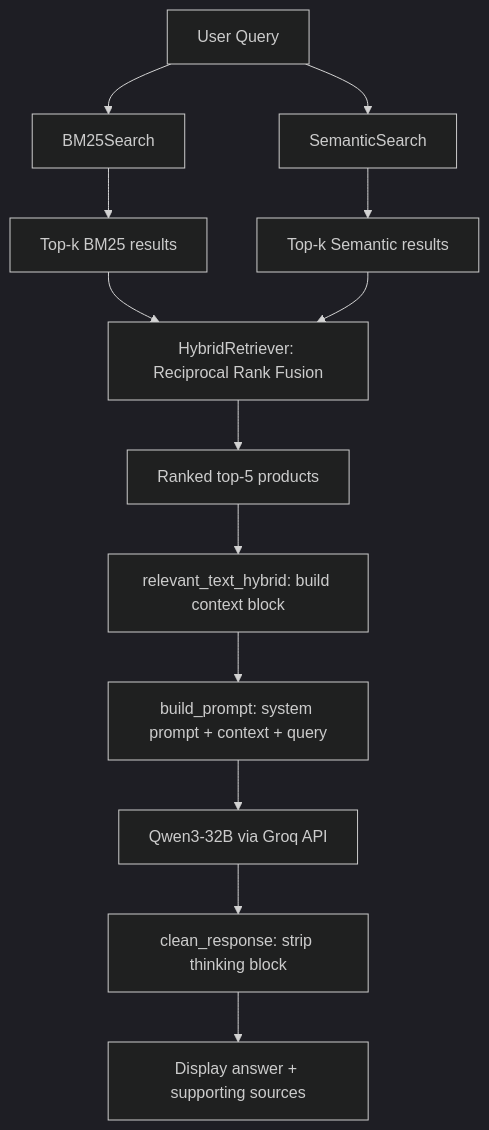
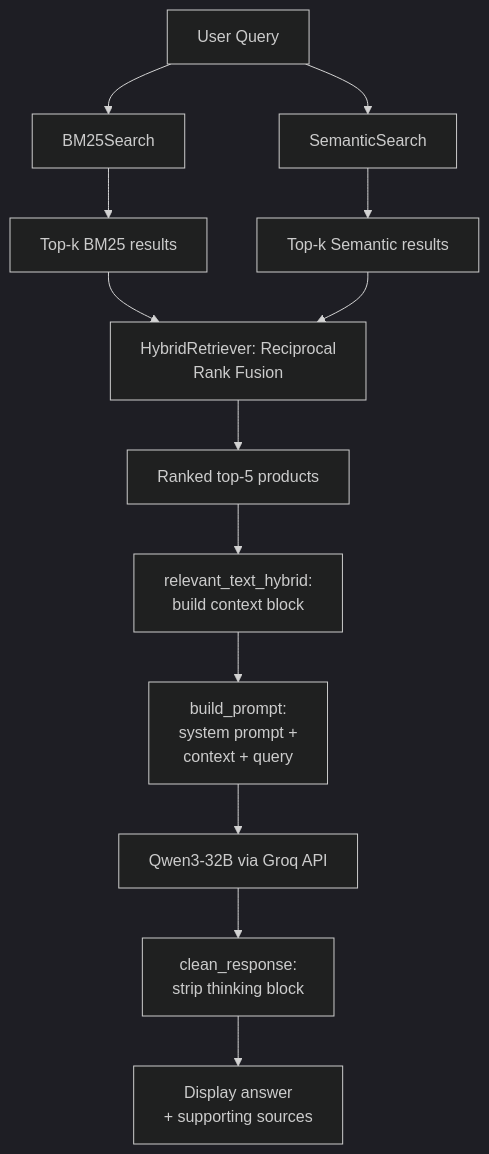
The second of 2 diagrams in README.md (iangault/product-search-rag), drawn with Mermaid (dark theme) before and after one commit. The commit also changed other lines of this file, not shown here.

Commit message:
add line breaks to mermaid flowchart

````diff
--- a/README.md
+++ b/README.md
@@ -48,15 +48,15 @@
 ```mermaid
 flowchart TD
     A[User Query] --> B[BM25Search]
     A --> C[SemanticSearch]
     B --> D[Top-k BM25 results]
     C --> E[Top-k Semantic results]
-    D --> F[HybridRetriever: Reciprocal Rank Fusion]
+    D --> F[HybridRetriever: Reciprocal<br/>Rank Fusion]
     E --> F
     F --> G[Ranked top-5 products]
-    G --> H[relevant_text_hybrid: build context block]
-    H --> I[build_prompt: system prompt + context + query]
+    G --> H[relevant_text_hybrid:<br/>build context block]
+    H --> I[build_prompt:<br/>system prompt +<br/>context + query]
     I --> J[Qwen3-32B via Groq API]
-    J --> K[clean_response: strip thinking block]
-    K --> L[Display answer + supporting sources]
+    J --> K[clean_response:<br/>strip thinking block]
+    K --> L[Display answer<br/>+ supporting sources]
 ```
````
